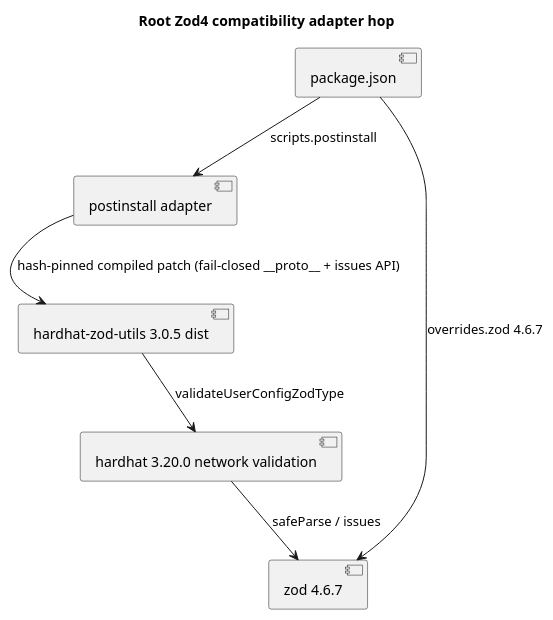
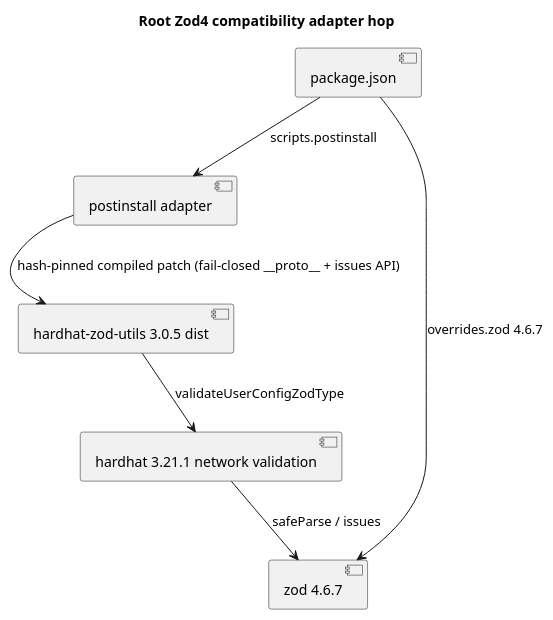
Diagram 15 of 17 in docs/architecture/map.puml (NeaBouli/inferno), drawn with PlantUML before and after one commit. The commit also changed 6 other files, not shown here.

```diff
--- a/docs/architecture/map.puml
+++ b/docs/architecture/map.puml
@@ -297,13 +297,13 @@
 @startuml
 title Root Zod4 compatibility adapter hop
 component "package.json" as Manifest
 component "postinstall adapter" as Adapter
 component "hardhat-zod-utils 3.0.5 dist" as Helper
 component "zod 4.6.7" as Zod
-component "hardhat 3.20.0 network validation" as Validation
+component "hardhat 3.21.1 network validation" as Validation
 Manifest --> Adapter : scripts.postinstall
 Manifest --> Zod : overrides.zod 4.6.7
 Adapter --> Helper : hash-pinned compiled patch (fail-closed __proto__ + issues API)
 Helper --> Validation : validateUserConfigZodType
 Validation --> Zod : safeParse / issues
 @enduml
```
